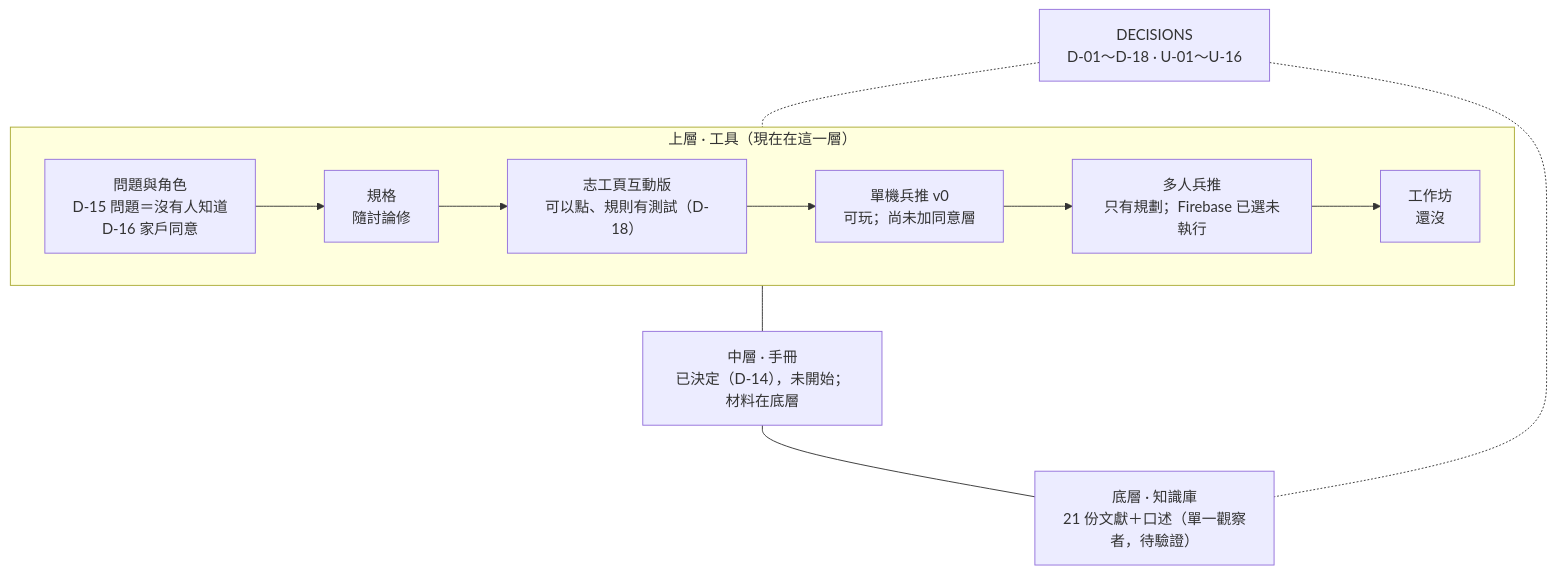
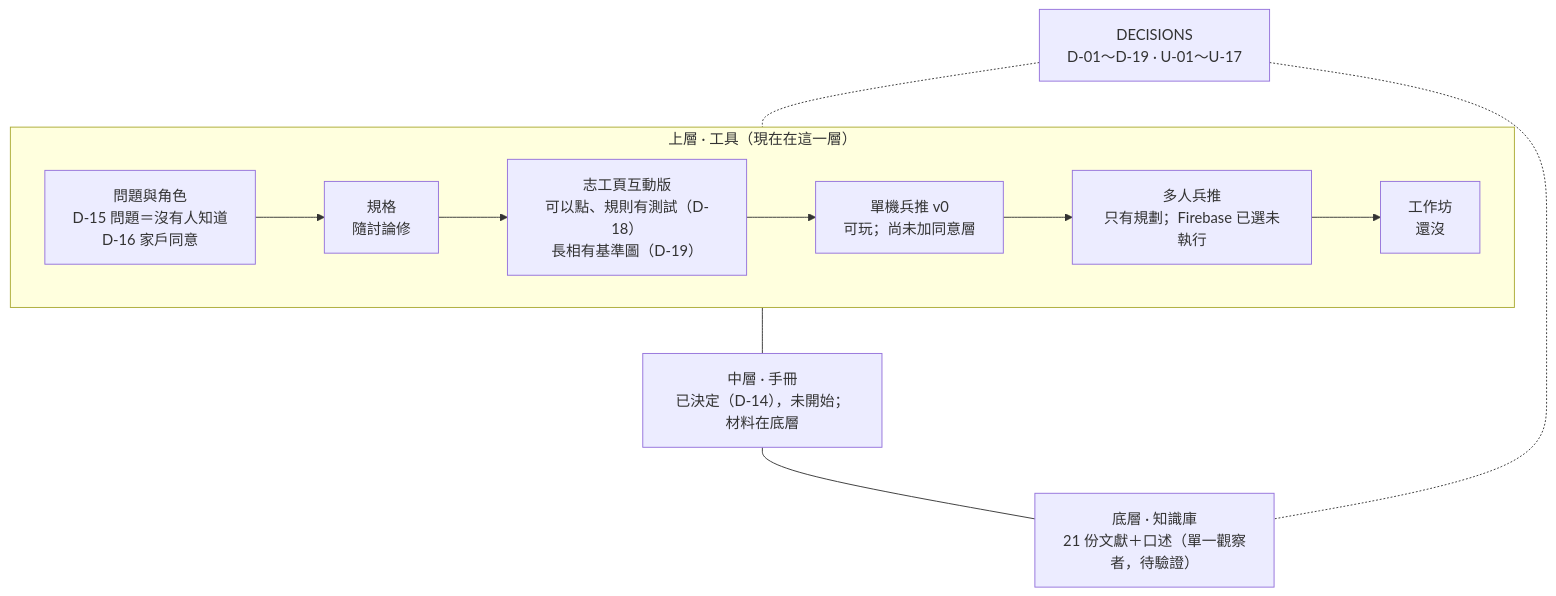
The seventh of 8 diagrams in ARCHITECTURE.md (BasilHsieh/resq-hub), drawn with Mermaid before and after one commit. The commit also changed other lines of this file and 8 other files, not shown here.

````diff
--- a/ARCHITECTURE.md
+++ b/ARCHITECTURE.md
@@ -461,19 +461,19 @@
 ```mermaid
 flowchart TB
     subgraph TOOL["上層 · 工具（現在在這一層）"]
         direction LR
-        R["問題與角色<br/>D-15 問題＝沒有人知道<br/>D-16 家戶同意"] --> S["規格<br/>隨討論修"] --> M["志工頁互動版<br/>可以點、規則有測試（D-18）"] --> P1["單機兵推 v0<br/>可玩；尚未加同意層"] --> P2["多人兵推<br/>只有規劃；Firebase 已選未執行"] --> W["工作坊<br/>還沒"]
+        R["問題與角色<br/>D-15 問題＝沒有人知道<br/>D-16 家戶同意"] --> S["規格<br/>隨討論修"] --> M["志工頁互動版<br/>可以點、規則有測試（D-18）<br/>長相有基準圖（D-19）"] --> P1["單機兵推 v0<br/>可玩；尚未加同意層"] --> P2["多人兵推<br/>只有規劃；Firebase 已選未執行"] --> W["工作坊<br/>還沒"]
     end
     HB["中層 · 手冊<br/>已決定（D-14），未開始；材料在底層"]
     KB["底層 · 知識庫<br/>21 份文獻＋口述（單一觀察者，待驗證）"]
-    DEC["DECISIONS<br/>D-01～D-18 · U-01～U-16"]
+    DEC["DECISIONS<br/>D-01～D-19 · U-01～U-17"]
     TOOL --- HB --- KB
     DEC -.- TOOL
     DEC -.- KB
     click R "output/spec/角色輪廓.md" "開啟原檔"
     click M "output/prototype/03-志工頁/README.md" "開啟原檔"
     click S "output/spec/資料模型與狀態機.md" "開啟原檔"
     click P1 "output/prototype/01-兵推/README.md" "開啟原檔"
     click P2 "output/prototype/02-兵推多人/README.md" "開啟原檔"
     click DEC "DECISIONS.md" "開啟原檔"
 ```
````
